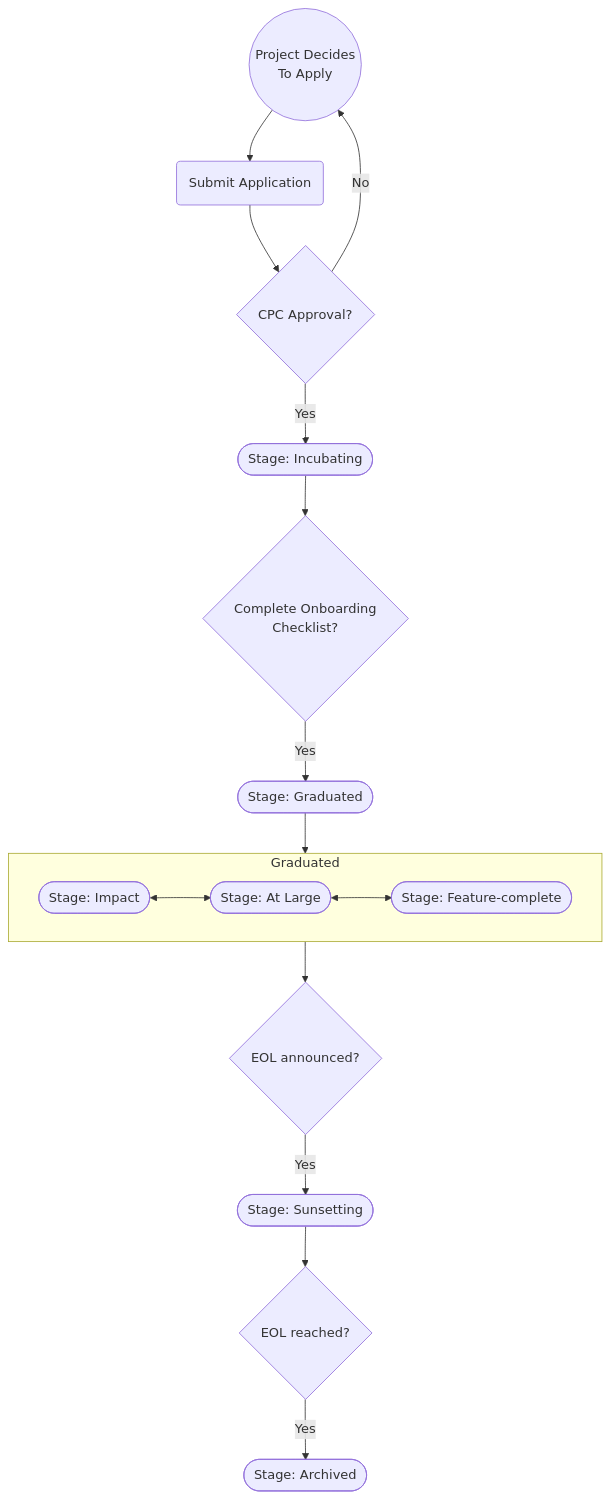
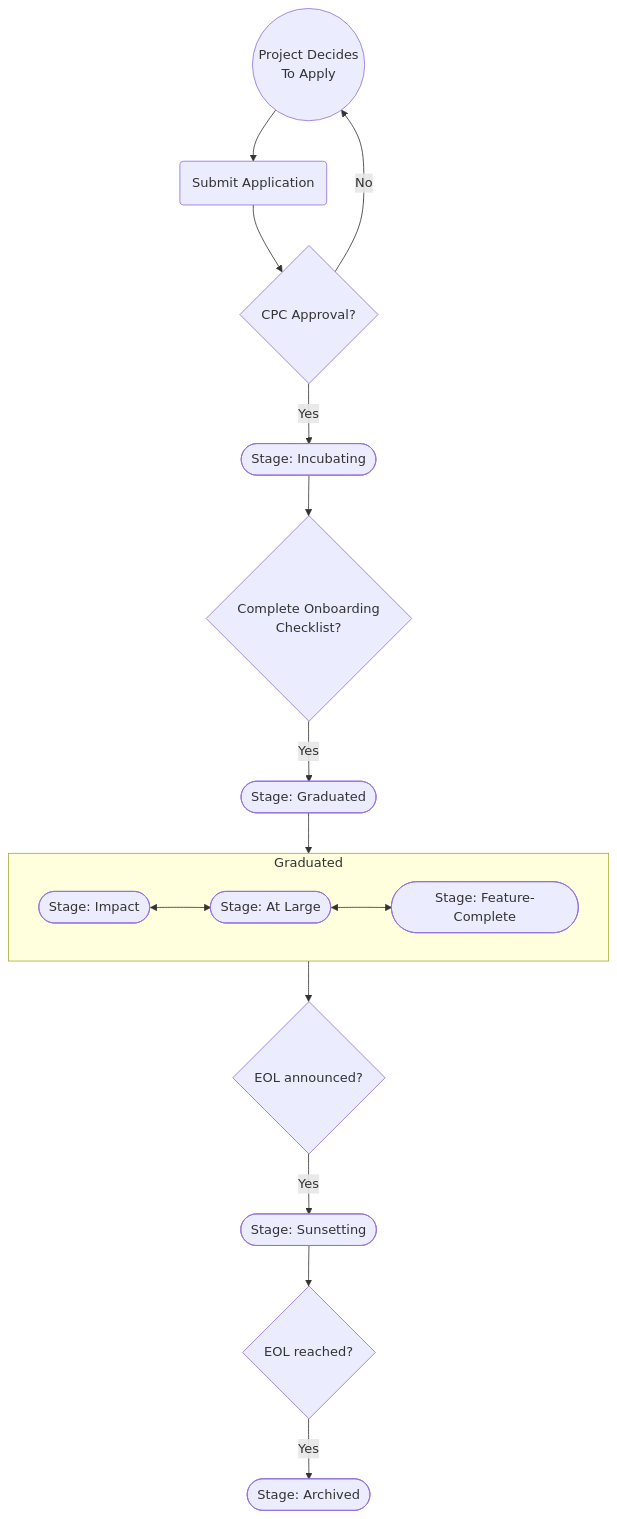
The diagram in PROJECT_PROGRESSION.md (openjs-foundation/cross-project-council), drawn with Mermaid before and after one commit. The commit also changed other lines of this file, not shown here.

Commit message:
Title-case "Feature-Complete

````diff
--- a/PROJECT_PROGRESSION.md
+++ b/PROJECT_PROGRESSION.md
@@ -17,20 +17,20 @@
 ```mermaid
 
 flowchart TD
     A((Project Decides\nTo Apply)) --> 
     B(Submit Application)
     B --> C{CPC Approval?}    
     C --> |No|A
     C --> |Yes|D([Stage: Incubating])
     D --> E{Complete Onboarding\n Checklist?}
     E --> |Yes|F([Stage: Graduated])
     F --> Graduated 
     subgraph Graduated
        direction LR
-       a([Stage: Impact]) <--> b([Stage: At Large]) <--> G([Stage: Feature-complete])
+       a([Stage: Impact]) <--> b([Stage: At Large]) <--> G([Stage: Feature-Complete])
     end
     Graduated --> J{EOL announced?}
     J --> |Yes| H([Stage: Sunsetting])
     H --> K{EOL reached?}
     K --> |Yes| I([Stage: Archived])
 ```
````
